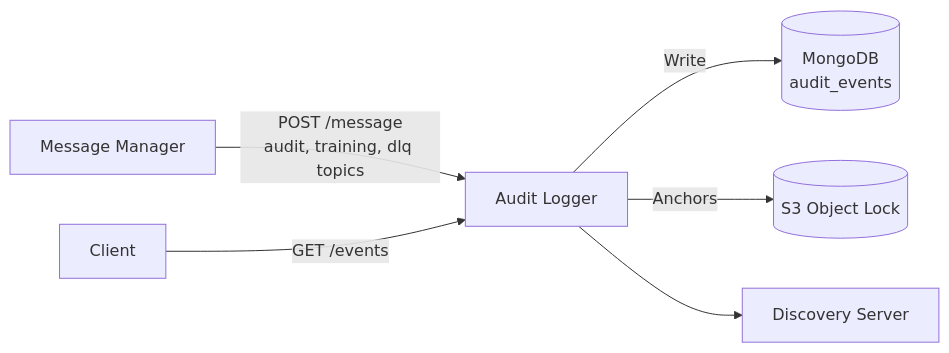
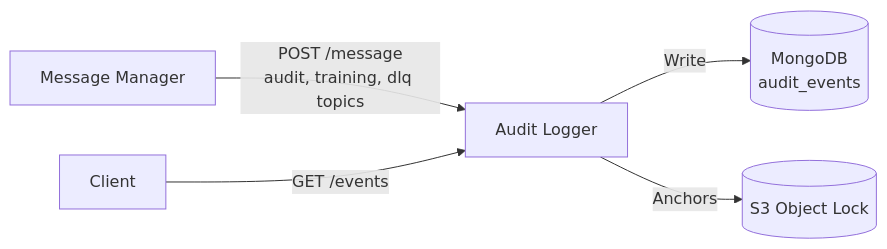
The diagram in services/audit-logger/ARCHITECTURE.md (docteur-turboss/trading-model), drawn with Mermaid before and after one commit. The commit also changed 361 other files, not shown here.

First line of the commit message:
:recycle:(discovery-server): release N+1 of retiring discovery-server, forward /v<major> and drop registration (#1244)

````diff
--- a/services/audit-logger/ARCHITECTURE.md
+++ b/services/audit-logger/ARCHITECTURE.md
@@ -9,8 +9,7 @@
 ```mermaid
 graph LR
     MM["Message Manager"] -->|POST /message<br/>audit, training, dlq topics| AL["Audit Logger"]
     AL -->|Write| MDB[("MongoDB<br/>audit_events")]
     AL -->|Anchors| S3[("S3 Object Lock")]
     API["Client"] -->|GET /events| AL
-    AL --> DS["Discovery Server"]
 ```
````
